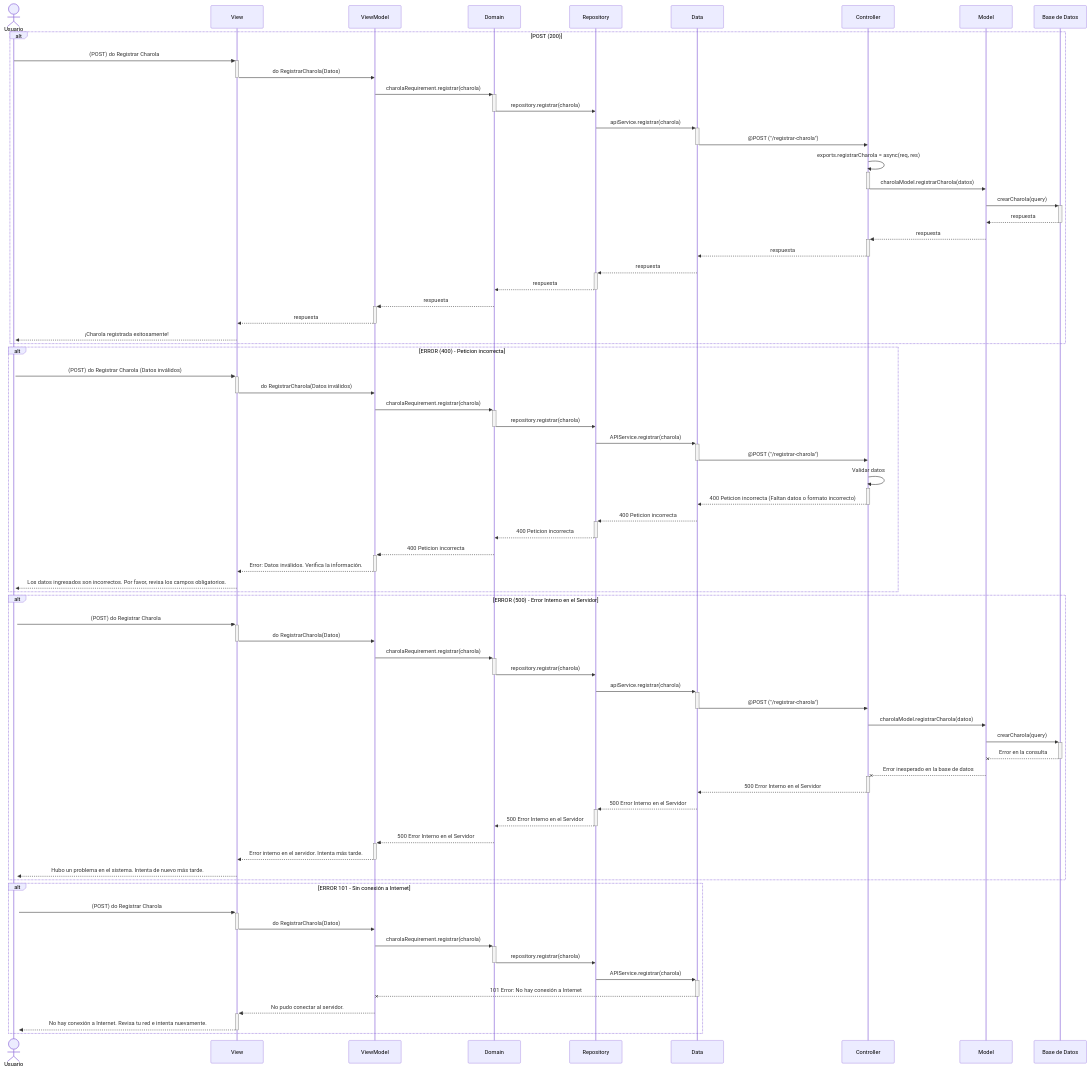
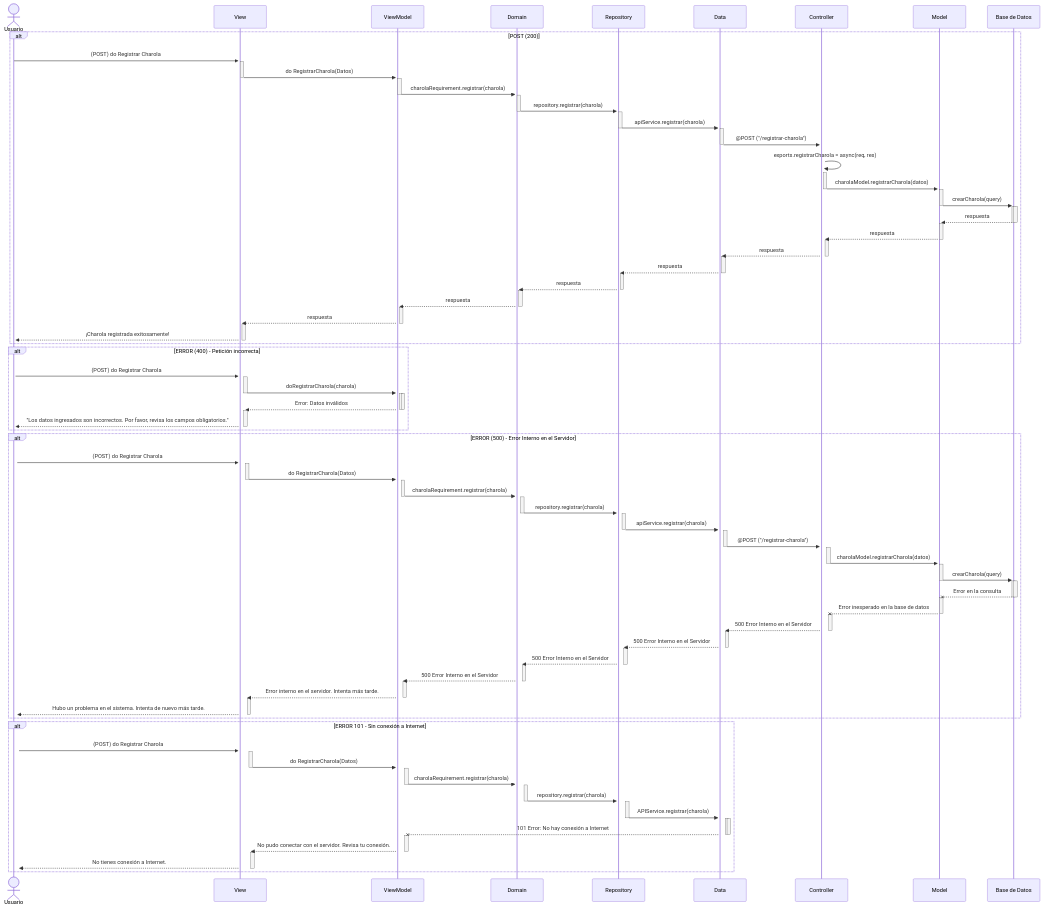
Before and after one commit to CodeAnd-Co/Documentacion: the diagram in documentation/docs/proyectos/larvas/documentacion/requisitos/RF5.md, drawn with Mermaid. The commit also changed other lines of this file, not shown here.

Commit message:
Correciones adicionales

````diff
--- a/documentation/docs/proyectos/larvas/documentacion/requisitos/RF5.md
+++ b/documentation/docs/proyectos/larvas/documentacion/requisitos/RF5.md
@@ -26,79 +26,152 @@
 ```mermaid
 sequenceDiagram
-      actor Usuario
-      participant View as View
-      participant ViewModel as ViewModel
-      participant Domain as Domain
-      participant Repository as Repository
-      participant APIService as Data
-      participant Controller as Controller
-      participant Model as Model
-      participant Database as Base de Datos
+    actor Usuario
+    participant View as View
+    participant ViewModel as ViewModel
+    participant Domain as Domain
+    participant Repository as Repository
+    participant APIService as Data
+    participant Controller as Controller
+    participant Model as Model
+    participant Database as Base de Datos
 
     alt POST (200)
     Usuario->>+View: (POST) do Registrar Charola
-    View->>-ViewModel: do RegistrarCharola(Datos)
+    activate View
+    View->>+ViewModel: do RegistrarCharola(Datos)
+    deactivate View
+    activate ViewModel
     ViewModel->>+Domain: charolaRequirement.registrar(charola)
-    Domain->>-Repository: repository.registrar(charola)
+    deactivate ViewModel
+    activate Domain
+    Domain->>+Repository: repository.registrar(charola)
+    deactivate Domain
+    activate Repository
     Repository->>+APIService: apiService.registrar(charola)
-    APIService->>-Controller: @POST ("/registrar-charola")
+    deactivate Repository
+    activate APIService
+    APIService->>+Controller: @POST ("/registrar-charola")
+    deactivate APIService
+    activate Controller
     Controller->>+Controller: exports.registrarCharola = async(req, res)
-    Controller->>-Model: charolaModel.registrarCharola(datos)
+    Controller->>+Model: charolaModel.registrarCharola(datos)
+    deactivate Controller
+    activate Model
     Model->>+Database: crearCharola(query)
+    deactivate Model
+    activate Database
     Database-->>-Model: respuesta
+    deactivate Database
+    activate Model
     Model-->>+Controller: respuesta
-    Controller-->>-APIService: respuesta
+    deactivate Model
+    activate Controller
+    Controller-->>+APIService: respuesta
+    deactivate Controller
+    activate APIService
     APIService-->>+Repository: respuesta
-    Repository-->>-Domain: respuesta
+    deactivate APIService
+    activate Repository
+    Repository-->>+Domain: respuesta
+    deactivate Repository
+    activate Domain
     Domain-->>+ViewModel: respuesta
-    ViewModel-->>-View: respuesta
+    deactivate Domain
+    activate ViewModel
+    ViewModel-->>+View: respuesta
+    deactivate ViewModel
+    activate View
     View-->>+Usuario: ¡Charola registrada exitosamente!
+    deactivate View
     end
 
-    alt ERROR (400) - Peticion incorrecta
-    Usuario->>+View: (POST) do Registrar Charola (Datos inválidos)
-    View->>-ViewModel: do RegistrarCharola(Datos inválidos)
-    ViewModel->>+Domain: charolaRequirement.registrar(charola)
-    Domain->>-Repository: repository.registrar(charola)
-    Repository->>+APIService: APIService.registrar(charola)
-    APIService->>-Controller: @POST ("/registrar-charola")
-    Controller->>+Controller: Validar datos
-    Controller-->>-APIService: 400 Peticion incorrecta (Faltan datos o formato incorrecto)
-    APIService-->>+Repository: 400 Peticion incorrecta
-    Repository-->>-Domain: 400 Peticion incorrecta
-    Domain-->>+ViewModel: 400 Peticion incorrecta
-    ViewModel-->>-View: Error: Datos inválidos. Verifica la información.
-    View-->>+Usuario: Los datos ingresados son incorrectos. Por favor, revisa los campos obligatorios.
+    alt ERROR (400) - Petición incorrecta
+    Usuario->>+View: (POST) do Registrar Charola
+    activate View
+    View->>+ViewModel: doRegistrarCharola(charola)
+    deactivate View
+    activate ViewModel
+    ViewModel-->>-View: Error: Datos inválidos
+    deactivate ViewModel
+    activate View
+    View-->>+Usuario: "Los datos ingresados son incorrectos. Por favor, revisa los campos obligatorios."
+    deactivate View
     end
 
     alt ERROR (500) - Error Interno en el Servidor
     Usuario->>+View: (POST) do Registrar Charola
-    View->>-ViewModel: do RegistrarCharola(Datos)
+    activate View
+    View->>+ViewModel: do RegistrarCharola(Datos)
+    deactivate View
+    activate ViewModel
     ViewModel->>+Domain: charolaRequirement.registrar(charola)
-    Domain->>-Repository: repository.registrar(charola)
+    deactivate ViewModel
+    activate Domain
+    Domain->>+Repository: repository.registrar(charola)
+    deactivate Domain
+    activate Repository
     Repository->>+APIService: apiService.registrar(charola)
-    APIService->>-Controller: @POST ("/registrar-charola")
+    deactivate Repository
+    activate APIService
+    APIService->>+Controller: @POST ("/registrar-charola")
+    deactivate APIService
+    activate Controller
     Controller->>Model: charolaModel.registrarCharola(datos)
+    deactivate Controller
+    activate Model
     Model->>+Database: crearCharola(query)
-    Database--X- Model: Error en la consulta
-    Model--X+ Controller: Error inesperado en la base de datos
-    Controller-->>-APIService: 500 Error Interno en el Servidor
+    deactivate Model
+    activate Database
+    Database--X-Model: Error en la consulta
+    deactivate Database
+    activate Model
+    Model--X+Controller: Error inesperado en la base de datos
+    deactivate Model
+    activate Controller
+    Controller-->>+APIService: 500 Error Interno en el Servidor
+    deactivate Controller
+    activate APIService
     APIService-->>+Repository: 500 Error Interno en el Servidor
-    Repository-->>-Domain: 500 Error Interno en el Servidor
+    deactivate APIService
+    activate Repository
+    Repository-->>+Domain: 500 Error Interno en el Servidor
+    deactivate Repository
+    activate Domain
     Domain-->>+ViewModel: 500 Error Interno en el Servidor
-    ViewModel-->>-View: Error interno en el servidor. Intenta más tarde.
+    deactivate Domain
+    activate ViewModel
+    ViewModel-->>+View: Error interno en el servidor. Intenta más tarde.
+    deactivate ViewModel
+    activate View
     View-->>+Usuario: Hubo un problema en el sistema. Intenta de nuevo más tarde.
+    deactivate View
     end
 
     alt ERROR 101 - Sin conexión a Internet
     Usuario->>+View: (POST) do Registrar Charola
-    View->>-ViewModel: do RegistrarCharola(Datos)
+    activate View
+    View->>+ViewModel: do RegistrarCharola(Datos)
+    deactivate View
+    activate ViewModel
     ViewModel->>+Domain: charolaRequirement.registrar(charola)
-    Domain->>-Repository: repository.registrar(charola)
+    deactivate ViewModel
+    activate Domain
+    Domain->>+Repository: repository.registrar(charola)
+    deactivate Domain
+    activate Repository
     Repository->>+APIService: APIService.registrar(charola)
-    APIService--X- ViewModel: 101 Error: No hay conexión a Internet
-    ViewModel-->>+View: No pudo conectar al servidor.
-    View-->>-Usuario: No hay conexión a Internet. Revisa tu red e intenta nuevamente.
+    deactivate Repository
+    activate APIService
+    APIService--X-ViewModel: 101 Error: No hay conexión a Internet
+    deactivate APIService
+    activate ViewModel
+    ViewModel-->>+View: No pudo conectar con el servidor. Revisa tu conexión.
+    deactivate ViewModel
+    activate View
+    View-->>+Usuario: No tienes conexión a Internet.
+    deactivate View
     end
 
+
+
 ```
````
